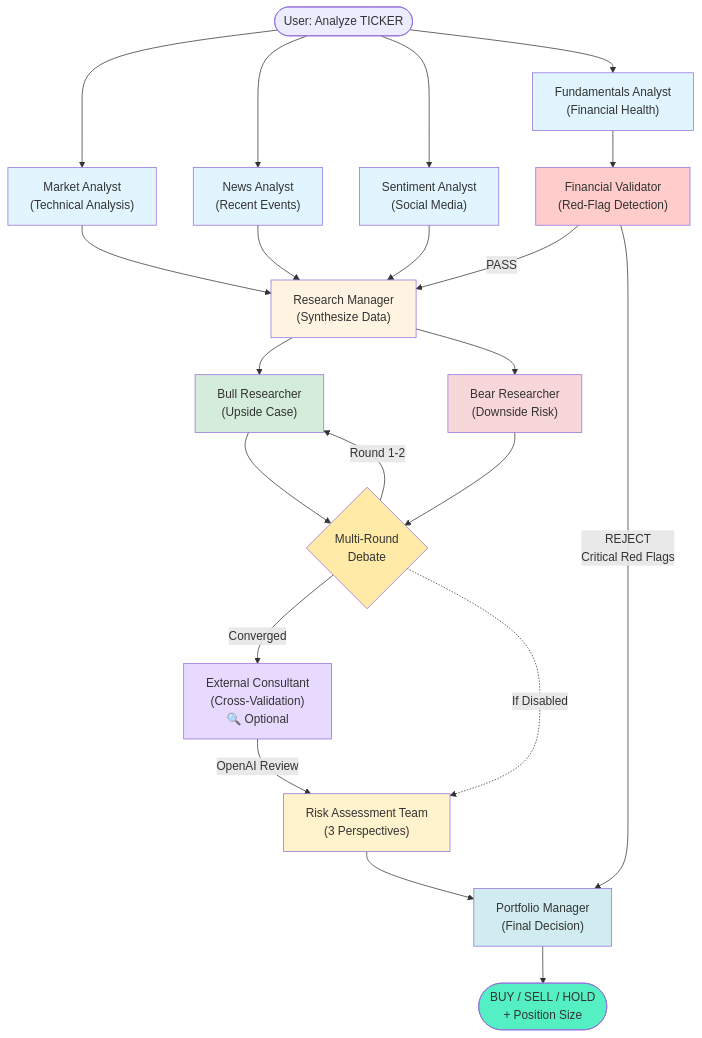
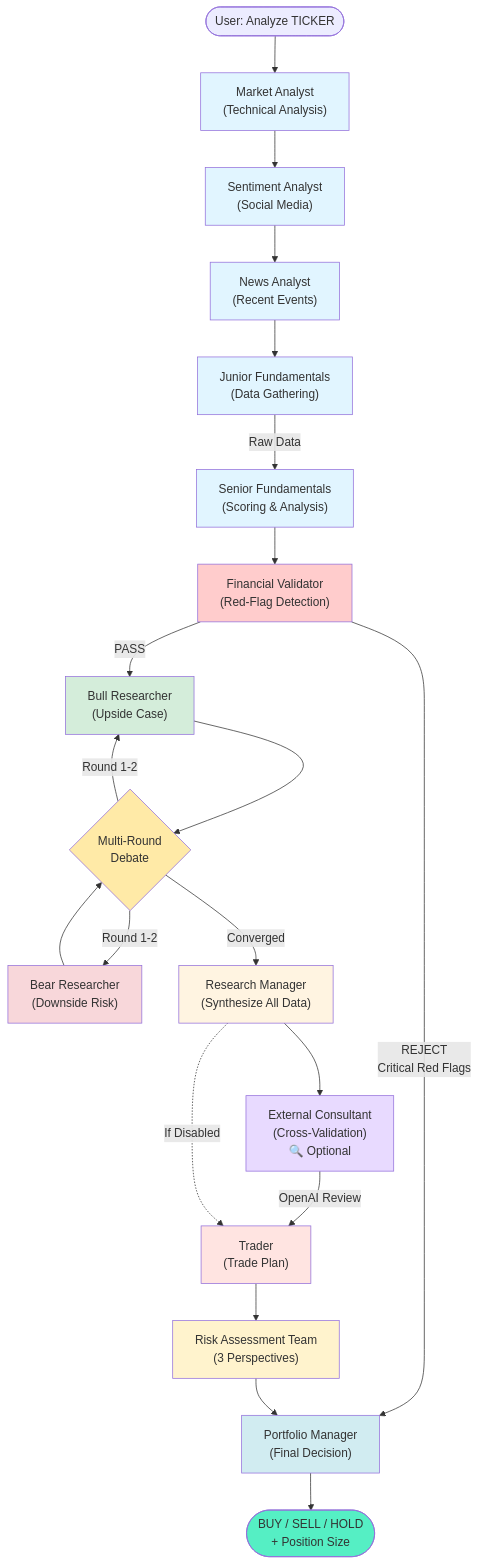
The diagram in README.md (rgoerwit/ai-investment-agent), drawn with Mermaid before and after one commit. The commit also changed other lines of this file and 7 other files, not shown here.

Commit message:
Added junior analyst (sole job = run fetcher tool) to reduce prompt size for Research Analyst.  Tool calling agents now run in parallel, Research Manager waits

````diff
--- a/README.md
+++ b/README.md
@@ -40,45 +40,48 @@
 ```mermaid
 graph TB
     Start([User: Analyze TICKER]) --> MarketAnalyst["Market Analyst<br/>(Technical Analysis)"]
-    Start --> NewsAnalyst["News Analyst<br/>(Recent Events)"]
-    Start --> SentimentAnalyst["Sentiment Analyst<br/>(Social Media)"]
-    Start --> FundamentalsAnalyst["Fundamentals Analyst<br/>(Financial Health)"]
 
-    MarketAnalyst --> ResearchManager["Research Manager<br/>(Synthesize Data)"]
-    NewsAnalyst --> ResearchManager
-    SentimentAnalyst --> ResearchManager
-    FundamentalsAnalyst --> Validator["Financial Validator<br/>(Red-Flag Detection)"]
+    MarketAnalyst --> SentimentAnalyst["Sentiment Analyst<br/>(Social Media)"]
+    SentimentAnalyst --> NewsAnalyst["News Analyst<br/>(Recent Events)"]
+    NewsAnalyst --> JuniorFund["Junior Fundamentals<br/>(Data Gathering)"]
+    JuniorFund -->|Raw Data| SeniorFund["Senior Fundamentals<br/>(Scoring & Analysis)"]
 
-    Validator -->|PASS| ResearchManager
+    SeniorFund --> Validator["Financial Validator<br/>(Red-Flag Detection)"]
+
     Validator -->|REJECT<br/>Critical Red Flags| PortfolioManager["Portfolio Manager<br/>(Final Decision)"]
-
-    ResearchManager --> BullResearcher["Bull Researcher<br/>(Upside Case)"]
-    ResearchManager --> BearResearcher["Bear Researcher<br/>(Downside Risk)"]
+    Validator -->|PASS| BullResearcher["Bull Researcher<br/>(Upside Case)"]
 
     BullResearcher --> Debate{Multi-Round<br/>Debate}
-    BearResearcher --> Debate
+    BearResearcher["Bear Researcher<br/>(Downside Risk)"] --> Debate
 
     Debate -->|Round 1-2| BullResearcher
-    Debate -->|Converged| Consultant["External Consultant<br/>(Cross-Validation)<br/>🔍 Optional"]
+    Debate -->|Round 1-2| BearResearcher
+    Debate -->|Converged| ResearchManager["Research Manager<br/>(Synthesize All Data)"]
 
-    Consultant -->|OpenAI Review| RiskTeam["Risk Assessment Team<br/>(3 Perspectives)"]
-    Debate -.->|If Disabled| RiskTeam
+    ResearchManager --> Consultant["External Consultant<br/>(Cross-Validation)<br/>🔍 Optional"]
+
+    Consultant -->|OpenAI Review| Trader["Trader<br/>(Trade Plan)"]
+    ResearchManager -.->|If Disabled| Trader
+
+    Trader --> RiskTeam["Risk Assessment Team<br/>(3 Perspectives)"]
 
     RiskTeam --> PortfolioManager
 
     PortfolioManager --> Decision([BUY / SELL / HOLD<br/>+ Position Size])
 
     style MarketAnalyst fill:#e1f5ff
     style NewsAnalyst fill:#e1f5ff
     style SentimentAnalyst fill:#e1f5ff
-    style FundamentalsAnalyst fill:#e1f5ff
+    style JuniorFund fill:#e1f5ff
+    style SeniorFund fill:#e1f5ff
     style Validator fill:#ffcccc
     style ResearchManager fill:#fff4e1
     style BullResearcher fill:#d4edda
     style BearResearcher fill:#f8d7da
     style Consultant fill:#e8daff
+    style Trader fill:#ffe4e1
     style RiskTeam fill:#fff3cd
     style PortfolioManager fill:#d1ecf1
     style Debate fill:#ffeaa7
     style Decision fill:#55efc4
 ```
````
